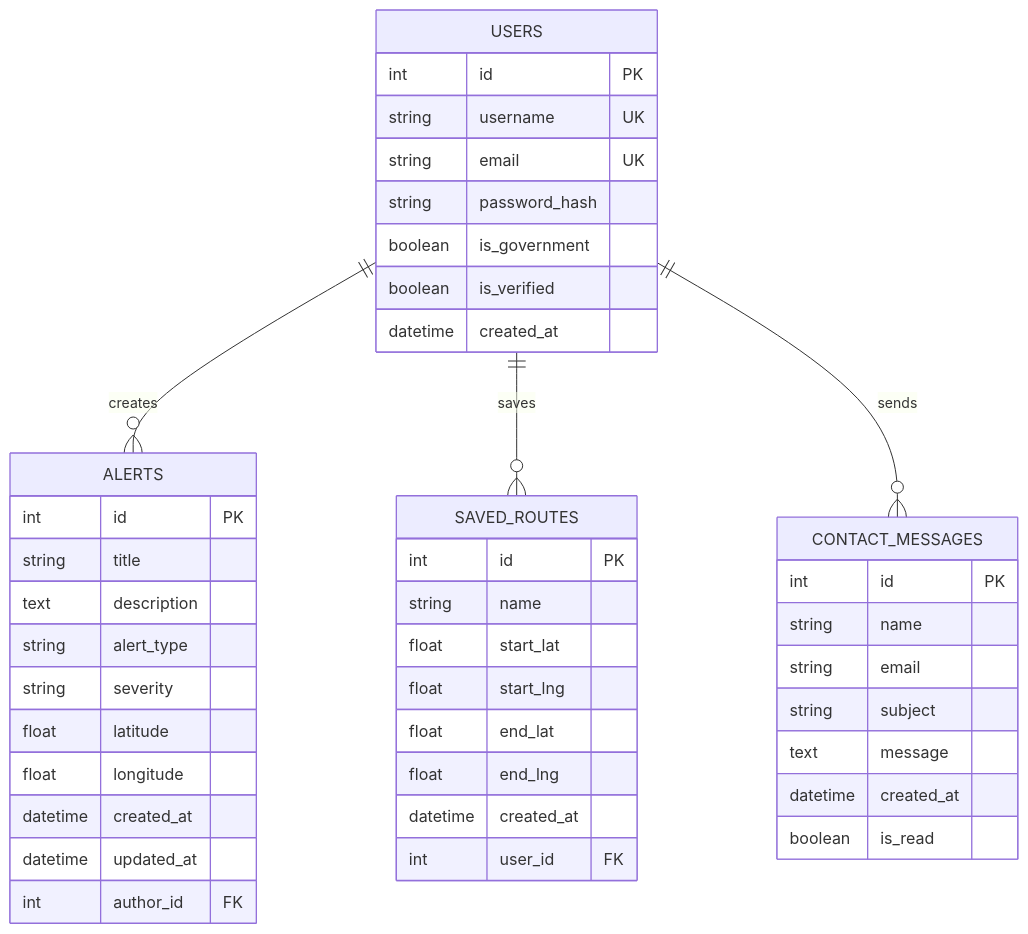
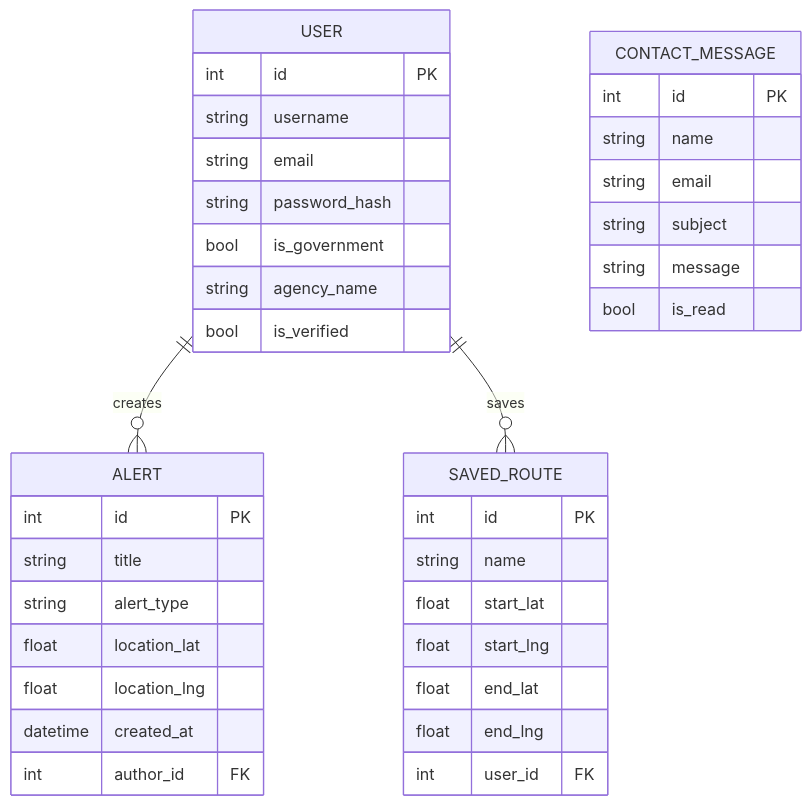
The third of 3 diagrams in README.md (SairajJadhav08/SRANS--Smart-Regional-Alert-and-Navigation-System), drawn with Mermaid before and after one commit. The commit also changed other lines of this file and 5 other files, not shown here.

````diff
--- a/README.md
+++ b/README.md
@@ -979,50 +99,41 @@
 ```mermaid
 erDiagram
-    USERS ||--o{ ALERTS : creates
-    USERS ||--o{ SAVED_ROUTES : saves
-    USERS ||--o{ CONTACT_MESSAGES : sends
-    
-    USERS {
+    USER {
         int id PK
-        string username UK
-        string email UK
+        string username
+        string email
         string password_hash
-        boolean is_government
-        boolean is_verified
-        datetime created_at
+        bool is_government
+        string agency_name
+        bool is_verified
     }
-    
-    ALERTS {
+    ALERT {
         int id PK
         string title
-        text description
         string alert_type
-        string severity
-        float latitude
-        float longitude
+        float location_lat
+        float location_lng
         datetime created_at
-        datetime updated_at
         int author_id FK
     }
-    
-    SAVED_ROUTES {
+    SAVED_ROUTE {
         int id PK
         string name
         float start_lat
         float start_lng
         float end_lat
         float end_lng
-        datetime created_at
         int user_id FK
     }
-    
-    CONTACT_MESSAGES {
+    CONTACT_MESSAGE {
         int id PK
         string name
         string email
         string subject
-        text message
-        datetime created_at
-        boolean is_read
+        string message
+        bool is_read
     }
+
+    USER ||--o{ ALERT : "creates"
+    USER ||--o{ SAVED_ROUTE : "saves"
 ```
````
